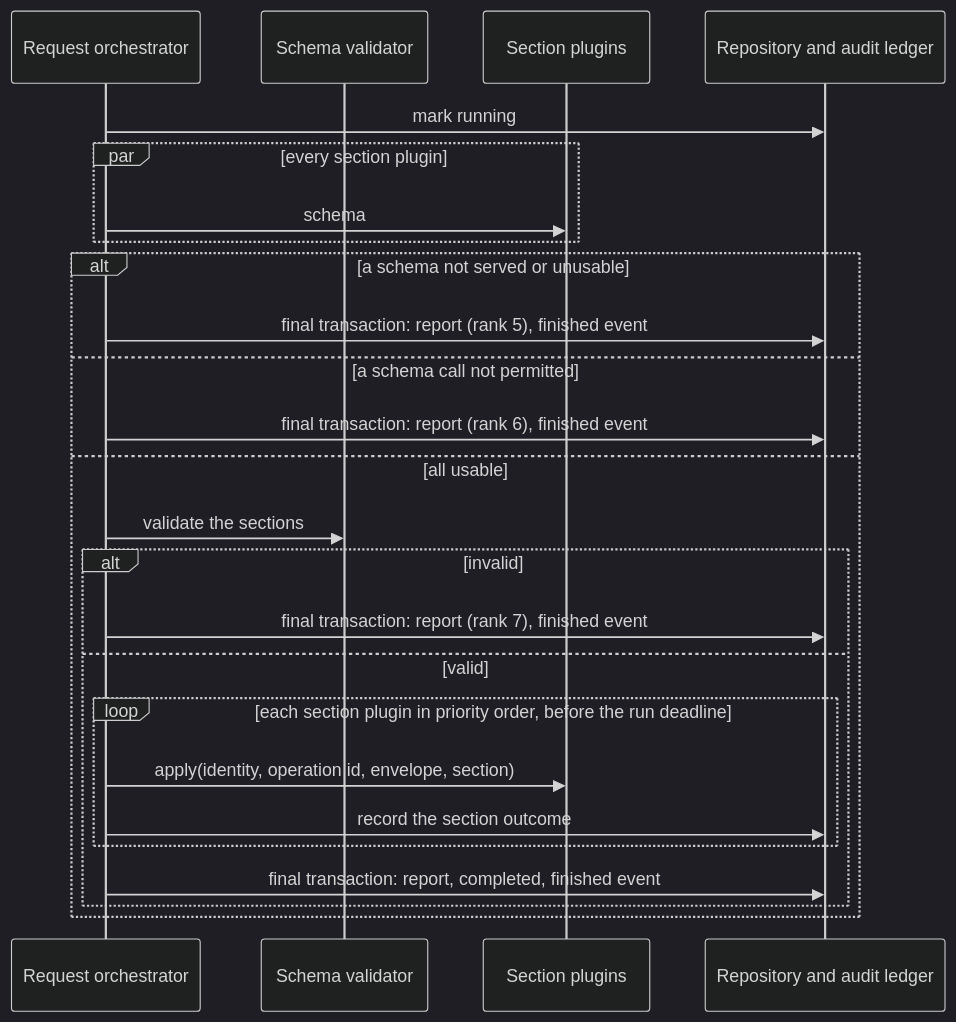
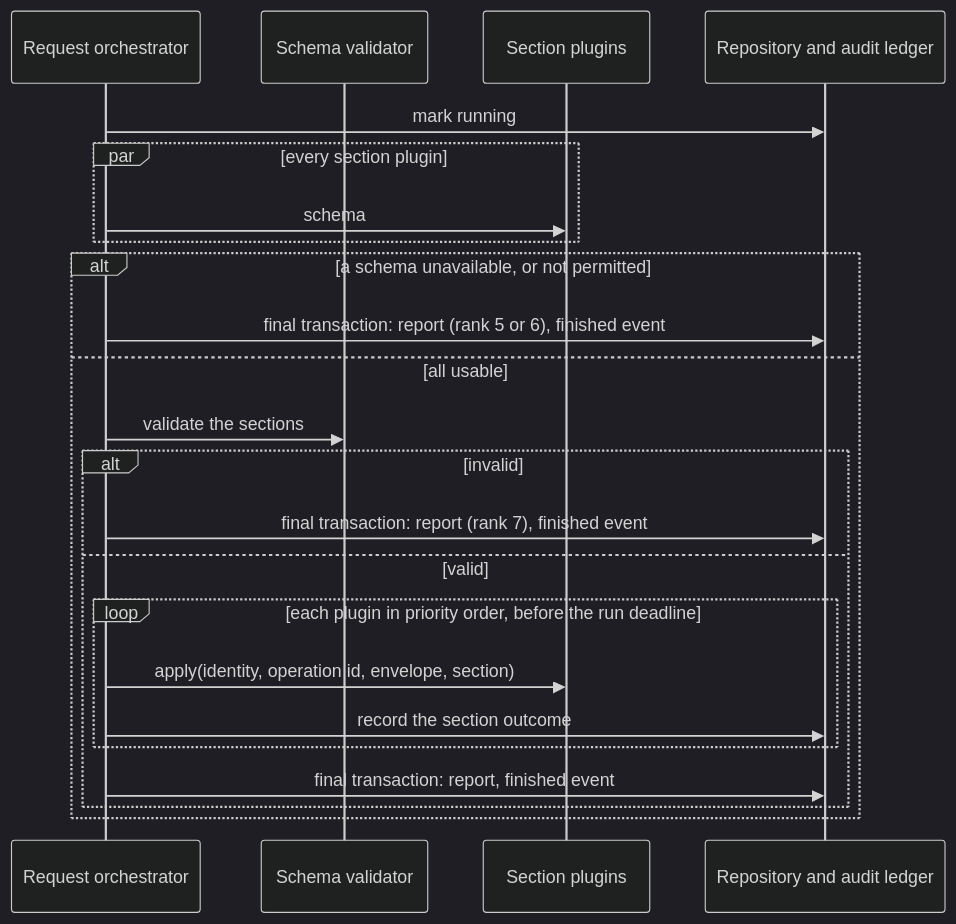
Before and after one commit to constructorfabric/gears-rust: the fifth of 6 diagrams in gears/system/application-manager/docs/DESIGN.md, drawn with Mermaid (dark theme). The commit also changed other lines of this file and 5 other files, not shown here.

````diff
--- a/gears/system/application-manager/docs/DESIGN.md
+++ b/gears/system/application-manager/docs/DESIGN.md
@@ -751,27 +617,25 @@
 ```mermaid
 sequenceDiagram
     participant O as Request orchestrator
     participant V as Schema validator
     participant P as Section plugins
     participant R as Repository and audit ledger
     O ->> R: mark running
     par every section plugin
         O ->> P: schema
     end
-    alt a schema not served or unusable
-        O ->> R: final transaction: report (rank 5), finished event
-    else a schema call not permitted
-        O ->> R: final transaction: report (rank 6), finished event
+    alt a schema unavailable, or not permitted
+        O ->> R: final transaction: report (rank 5 or 6), finished event
     else all usable
         O ->> V: validate the sections
         alt invalid
             O ->> R: final transaction: report (rank 7), finished event
         else valid
-            loop each section plugin in priority order, before the run deadline
+            loop each plugin in priority order, before the run deadline
                 O ->> P: apply(identity, operation id, envelope, section)
                 O ->> R: record the section outcome
             end
-            O ->> R: final transaction: report, completed, finished event
+            O ->> R: final transaction: report, finished event
         end
     end
 ```
````
